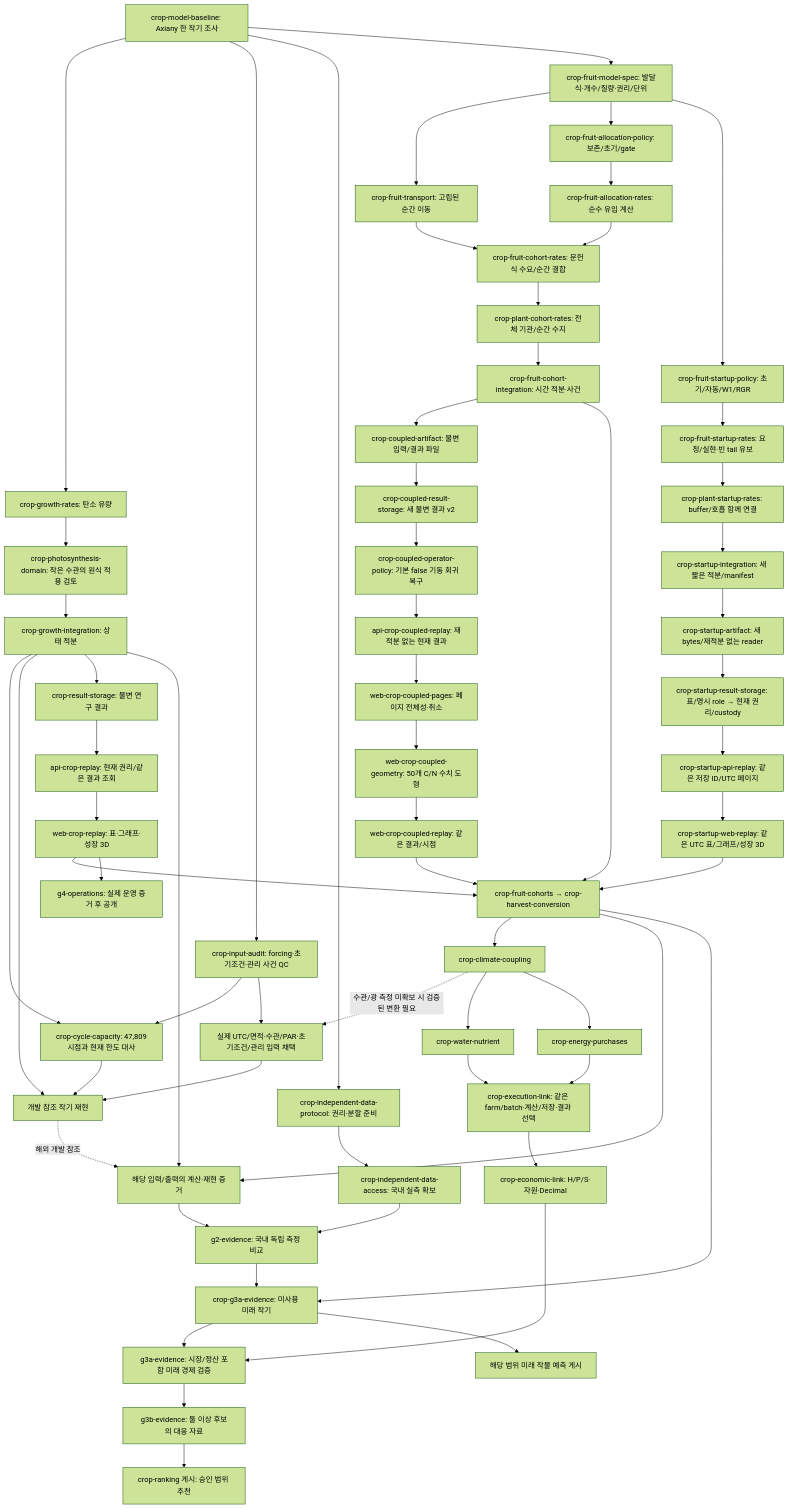
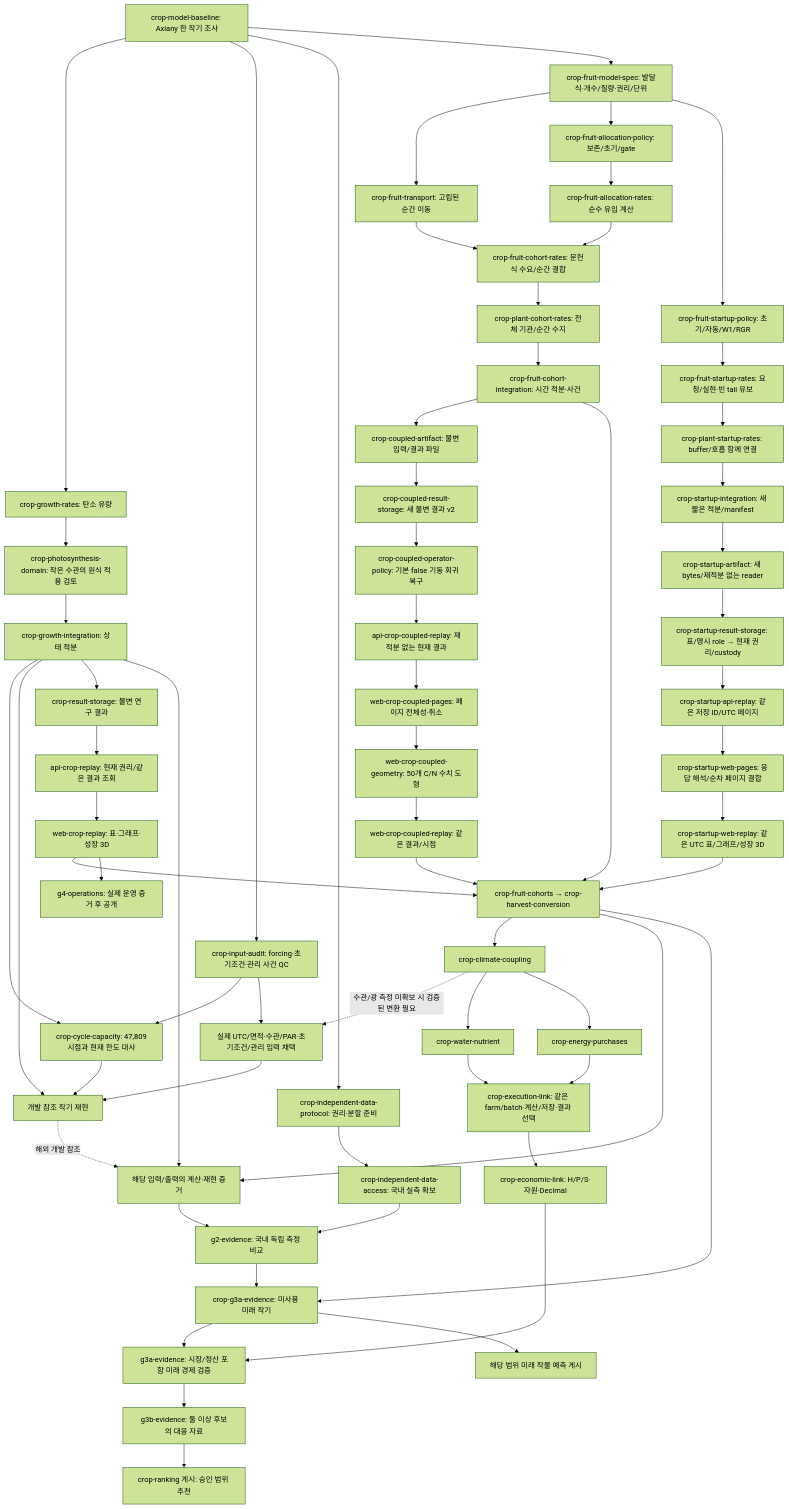
One commit to KIMSUNGHOON/OpenSmartFarmSim changed the first of 2 diagrams in tasks/plan.md. Above: the diagram before and after it, drawn with Mermaid (forest theme). The commit also changed other lines of this file and 8 other files, not shown here.

Commit message:
docs(crop): accept startup replay API and specify page decoder next

````diff
--- a/tasks/plan.md
+++ b/tasks/plan.md
@@ -80,65 +87,66 @@
 ```mermaid
 flowchart TD
   B["crop-model-baseline: Axiany 한 작기 조사"] --> R["crop-growth-rates: 탄소 유량"]
   B --> Q["crop-input-audit: forcing·초기조건·관리 사건 QC"]
   B --> AP["crop-independent-data-protocol: 권리·분할 준비"]
   AP --> A["crop-independent-data-access: 국내 실측 확보"]
   R --> D["crop-photosynthesis-domain: 작은 수관의 원식 적용 검토"]
   D --> I["crop-growth-integration: 상태 적분"]
   Q --> CAP["crop-cycle-capacity: 47,809시점과 현재 한도 대사"]
   I --> CAP
   CAP --> X["개발 참조 작기 재현"]
   Q --> AQ["실제 UTC/면적·수관/PAR·초기조건/관리 입력 채택"]
   AQ --> X
   I --> X
   I --> S["crop-result-storage: 불변 연구 결과"]
   S --> API["api-crop-replay: 현재 권리/같은 결과 조회"]
   API --> V["web-crop-replay: 표·그래프·성장 3D"]
   B --> FM["crop-fruit-model-spec: 발달식·개수/질량·권리/단위"]
   FM --> FT["crop-fruit-transport: 고립된 순간 이동"]
   FM --> FP["crop-fruit-allocation-policy: 보존/초기/gate"]
   FT --> CR["crop-fruit-cohort-rates: 문헌식 수요/순간 결합"]
   FP --> FA["crop-fruit-allocation-rates: 순수 유입 계산"]
   FA --> CR
   CR --> PC["crop-plant-cohort-rates: 전체 기관/순간 수지"]
   PC --> CI["crop-fruit-cohort-integration: 시간 적분·사건"]
   CI --> AF["crop-coupled-artifact: 불변 입력/결과 파일"]
   AF --> CS["crop-coupled-result-storage: 새 불변 결과 v2"]
   CS --> CP["crop-coupled-operator-policy: 기본 false 기동 회귀 복구"]
   CP --> CA["api-crop-coupled-replay: 재적분 없는 현재 결과"]
   CA --> WP["web-crop-coupled-pages: 페이지 전체성·취소"]
   WP --> WG["web-crop-coupled-geometry: 50개 C/N 수치 도형"]
   WG --> CV["web-crop-coupled-replay: 같은 결과/시점"]
   FM --> ST["crop-fruit-startup-policy: 초기/자동/W1/RGR"]
   ST --> SA["crop-fruit-startup-rates: 요청/실현·빈 tail 유보"]
   SA --> SC["crop-plant-startup-rates: buffer/호흡 함께 연결"]
   SC --> SI["crop-startup-integration: 새 짧은 적분/manifest"]
   SI --> SF["crop-startup-artifact: 새 bytes/재적분 없는 reader"]
   SF --> SS["crop-startup-result-storage: 표/명시 role → 현재 권리/custody"]
   SS --> SP["crop-startup-api-replay: 같은 저장 ID/UTC 페이지"]
-  SP --> SL["crop-startup-web-replay: 같은 UTC 표/그래프/성장 3D"]
+  SP --> SD["crop-startup-web-pages: 응답 해석/순차 페이지 결합"]
+  SD --> SL["crop-startup-web-replay: 같은 UTC 표/그래프/성장 3D"]
   CI --> F["crop-fruit-cohorts → crop-harvest-conversion"]
   SL --> F
   V --> F
   CV --> F
   F --> C["crop-climate-coupling"]
   C -. 수관/광 측정 미확보 시 검증된 변환 필요 .-> AQ
   C --> W["crop-water-nutrient"]
   C --> E["crop-energy-purchases"]
   W --> L["crop-execution-link: 같은 farm/batch·계산/저장·결과 선택"]
   E --> L
   L --> M["crop-economic-link: H/P/S·자원·Decimal"]
   A --> G2["g2-evidence: 국내 독립 측정 비교"]
   I --> CALC["해당 입력/출력의 계산·재현 증거"]
   F --> CALC
   X -. 해외 개발 참조 .-> CALC
   CALC --> G2
   G2 --> G3A["crop-g3a-evidence: 미사용 미래 작기"]
   F --> G3A
   M --> EC["g3a-evidence: 시장/정산 포함 미래 경제 검증"]
   G3A --> EC
   G3A --> P["해당 범위 미래 작물 예측 게시"]
   EC --> PAIR["g3b-evidence: 둘 이상 후보의 대응 자료"]
   PAIR --> REC["crop-ranking 게시: 승인 범위 추천"]
   V --> PUB["g4-operations: 실제 운영 증거 후 공개"]
 ```
````
